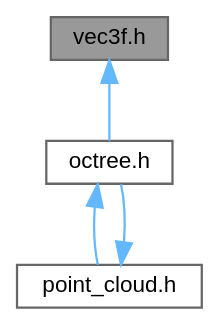
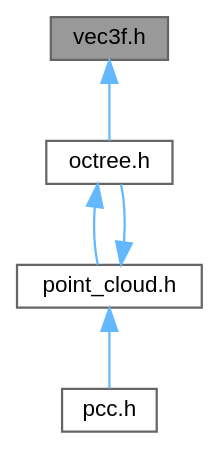
One commit to filrg/pcc changed the diagram in vec3f_8h__dep__incl.dot. Above: the diagram before and after it, drawn with Graphviz. The commit also changed 13 other files, not shown here.

```diff
--- a/vec3f_8h__dep__incl.dot
+++ b/vec3f_8h__dep__incl.dot
@@ -1,13 +1,15 @@
 digraph "vec3f.h"
 {
  // LATEX_PDF_SIZE
   bgcolor="transparent";
   edge [fontname=Helvetica,fontsize=10,labelfontname=Helvetica,labelfontsize=10];
   node [fontname=Helvetica,fontsize=10,shape=box,height=0.2,width=0.4];
   Node1 [id="Node000001",label="vec3f.h",height=0.2,width=0.4,color="gray40", fillcolor="grey60", style="filled", fontcolor="black",tooltip=" "];
   Node1 -> Node2 [id="edge1_Node000001_Node000002",dir="back",color="steelblue1",style="solid",tooltip=" "];
   Node2 [id="Node000002",label="octree.h",height=0.2,width=0.4,color="grey40", fillcolor="white", style="filled",URL="$octree_8h.html",tooltip=" "];
   Node2 -> Node3 [id="edge2_Node000002_Node000003",dir="back",color="steelblue1",style="solid",tooltip=" "];
   Node3 [id="Node000003",label="point_cloud.h",height=0.2,width=0.4,color="grey40", fillcolor="white", style="filled",URL="$point__cloud_8h.html",tooltip=" "];
   Node3 -> Node2 [id="edge3_Node000003_Node000002",dir="back",color="steelblue1",style="solid",tooltip=" "];
+  Node3 -> Node4 [id="edge4_Node000003_Node000004",dir="back",color="steelblue1",style="solid",tooltip=" "];
+  Node4 [id="Node000004",label="pcc.h",height=0.2,width=0.4,color="grey40", fillcolor="white", style="filled",URL="$pcc_8h.html",tooltip=" "];
 }
```
